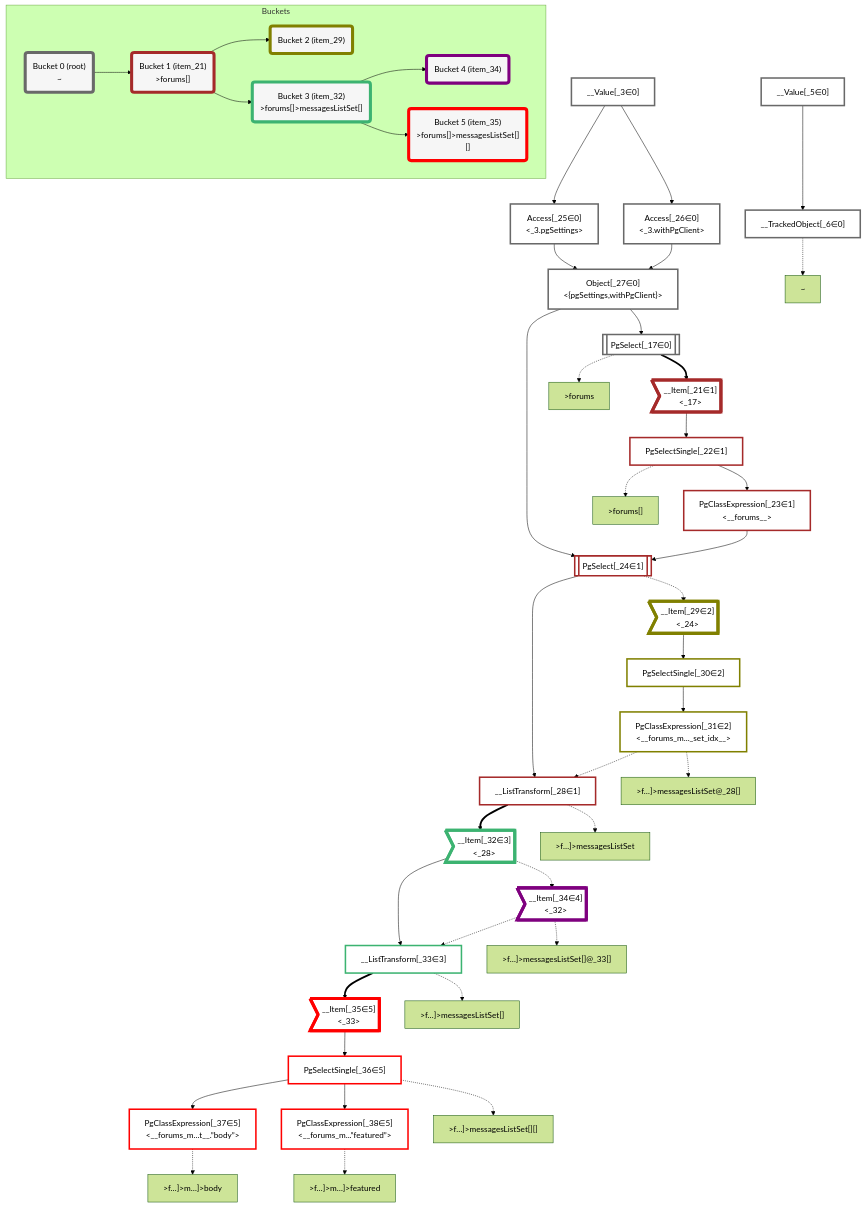
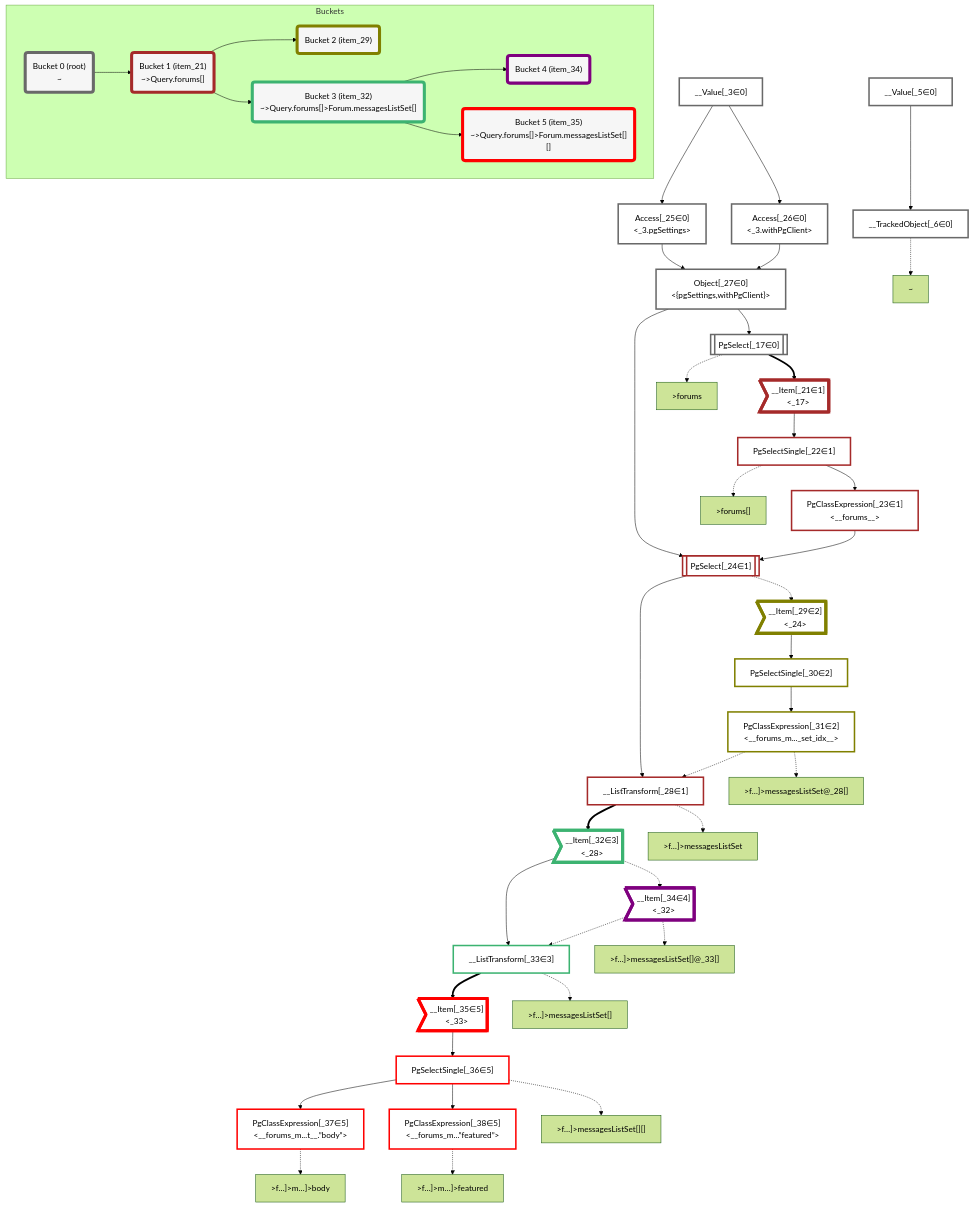
One commit to graphile/crystal changed the diagram in packages/dataplan-pg/__tests__/queries/functions/computed-column-forums-messages-list-set.deopt.mermaid.md. Above: the diagram before and after it, drawn with Mermaid (forest theme). The commit also changed 141 other files, not shown here.

```diff
--- a/packages/dataplan-pg/__tests__/queries/functions/computed-column-forums-messages-list-set.deopt.mermaid.md
+++ b/packages/dataplan-pg/__tests__/queries/functions/computed-column-forums-messages-list-set.deopt.mermaid.md
@@ -96,19 +96,19 @@
     subgraph Buckets
     Bucket0("Bucket 0 (root)<br />~"):::bucket
     style Bucket0 stroke:#696969
-    Bucket1("Bucket 1 (item_21)<br />>forums[]"):::bucket
+    Bucket1("Bucket 1 (item_21)<br />~>Query.forums[]"):::bucket
     style Bucket1 stroke:#a52a2a
     Bucket0 --> Bucket1
     Bucket2("Bucket 2 (item_29)"):::bucket
     style Bucket2 stroke:#808000
     Bucket1 --> Bucket2
-    Bucket3("Bucket 3 (item_32)<br />>forums[]>messagesListSet[]"):::bucket
+    Bucket3("Bucket 3 (item_32)<br />~>Query.forums[]>Forum.messagesListSet[]"):::bucket
     style Bucket3 stroke:#3cb371
     Bucket1 --> Bucket3
     Bucket4("Bucket 4 (item_34)"):::bucket
     style Bucket4 stroke:#7f007f
     Bucket3 --> Bucket4
-    Bucket5("Bucket 5 (item_35)<br />>forums[]>messagesListSet[][]"):::bucket
+    Bucket5("Bucket 5 (item_35)<br />~>Query.forums[]>Forum.messagesListSet[][]"):::bucket
     style Bucket5 stroke:#ff0000
     Bucket3 --> Bucket5
     end
```
